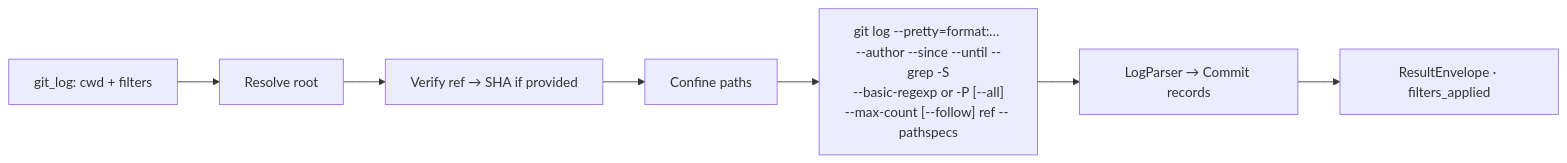
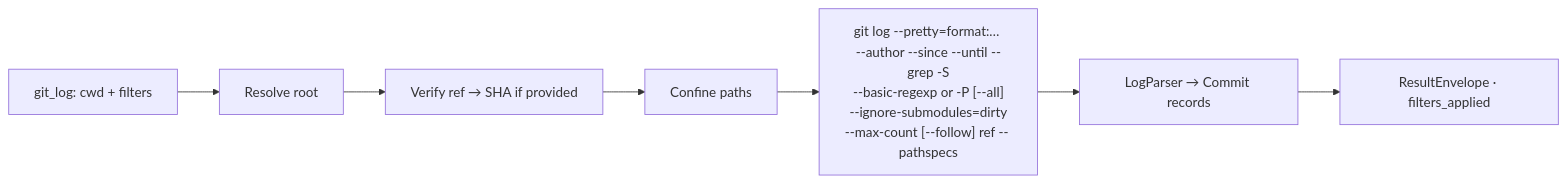
Before and after one commit to brenordv/mcp-toolset: the fourth of 14 diagrams in src/RaccoonNinja.McpToolset.Server.GitOps/README.md, drawn with Mermaid. The commit also changed other lines of this file and 13 other files, not shown here.

First line of the commit message:
**Pin `--ignore-submodules=dirty` for consistent behavior in `git_log`, `git_diff`, `git_show`, and `git_stash_show`; override `log.follow=true` in config**

````diff
--- a/src/RaccoonNinja.McpToolset.Server.GitOps/README.md
+++ b/src/RaccoonNinja.McpToolset.Server.GitOps/README.md
@@ -174,9 +178,9 @@
 ```mermaid
 flowchart LR
     A[git_log: cwd + filters] --> B[Resolve root]
     B --> C[Verify ref → SHA if provided]
     C --> D[Confine paths]
-    D --> E["git log --pretty=format:… <br/>--author --since --until --grep -S<br/>--basic-regexp or -P [--all]<br/>--max-count [--follow] ref -- pathspecs"]
+    D --> E["git log --pretty=format:… <br/>--author --since --until --grep -S<br/>--basic-regexp or -P [--all]<br/>--ignore-submodules=dirty<br/>--max-count [--follow] ref -- pathspecs"]
     E --> F[LogParser → Commit records]
     F --> G[ResultEnvelope · filters_applied]
 ```
````
